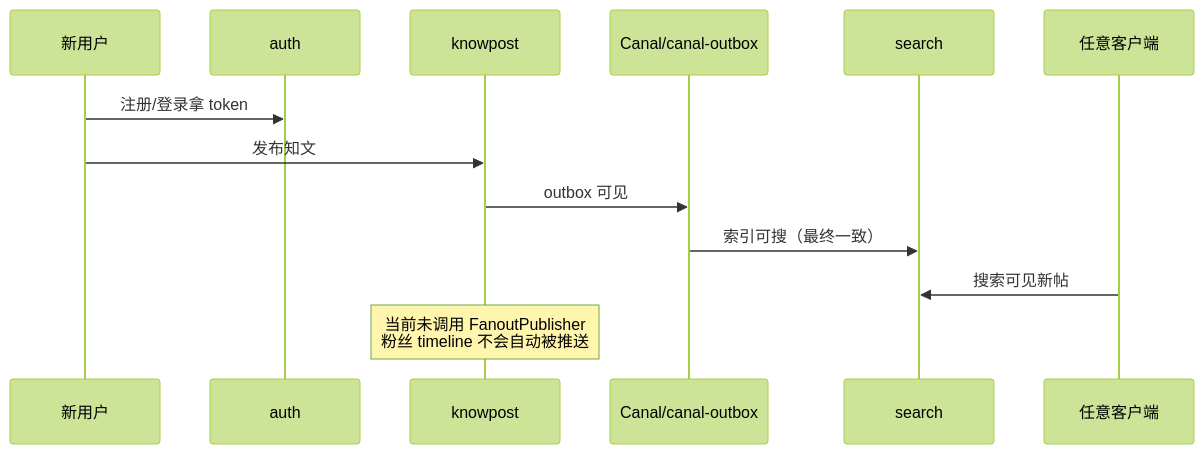
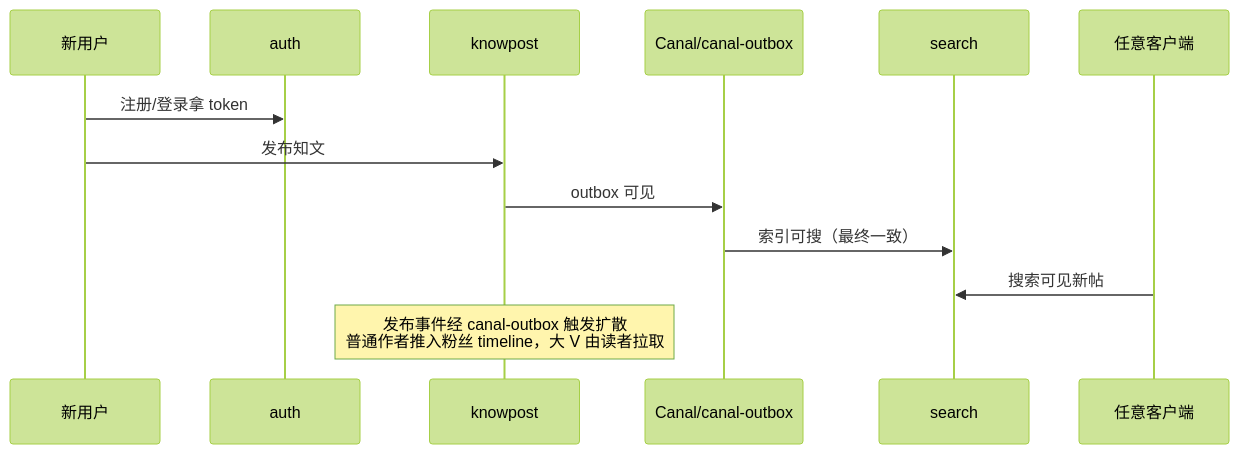
Before and after one commit to bitladykiller/zhiguang_go: diagram 21 of 23 in docs/跨模块流程图.md, drawn with Mermaid (forest theme). The commit also changed other lines of this file and 43 other files, not shown here.

````diff
--- a/docs/跨模块流程图.md
+++ b/docs/跨模块流程图.md
@@ -728,16 +736,16 @@
 ```mermaid
 sequenceDiagram
     participant U as 新用户
     participant AUTH as auth
     participant KP as knowpost
     participant ASYNC as Canal/canal-outbox
     participant SCH as search
     participant FE as 任意客户端
 
     U->>AUTH: 注册/登录拿 token
     U->>KP: 发布知文
     KP->>ASYNC: outbox 可见
     ASYNC->>SCH: 索引可搜（最终一致）
     FE->>SCH: 搜索可见新帖
-    Note over KP: 当前未调用 FanoutPublisher<br/>粉丝 timeline 不会自动被推送
+    Note over KP: 发布事件经 canal-outbox 触发扩散<br/>普通作者推入粉丝 timeline，大 V 由读者拉取
 ```
````
